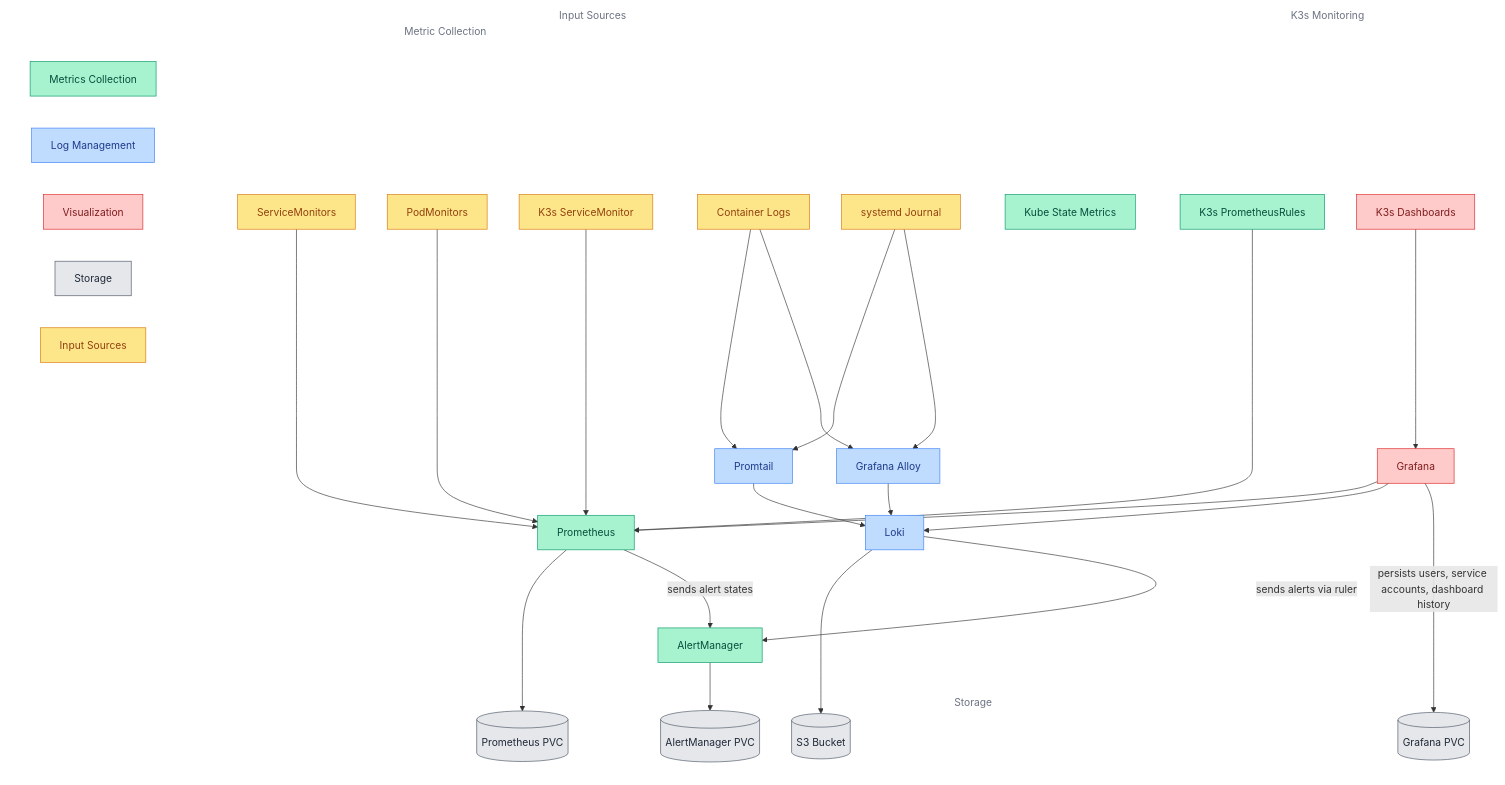
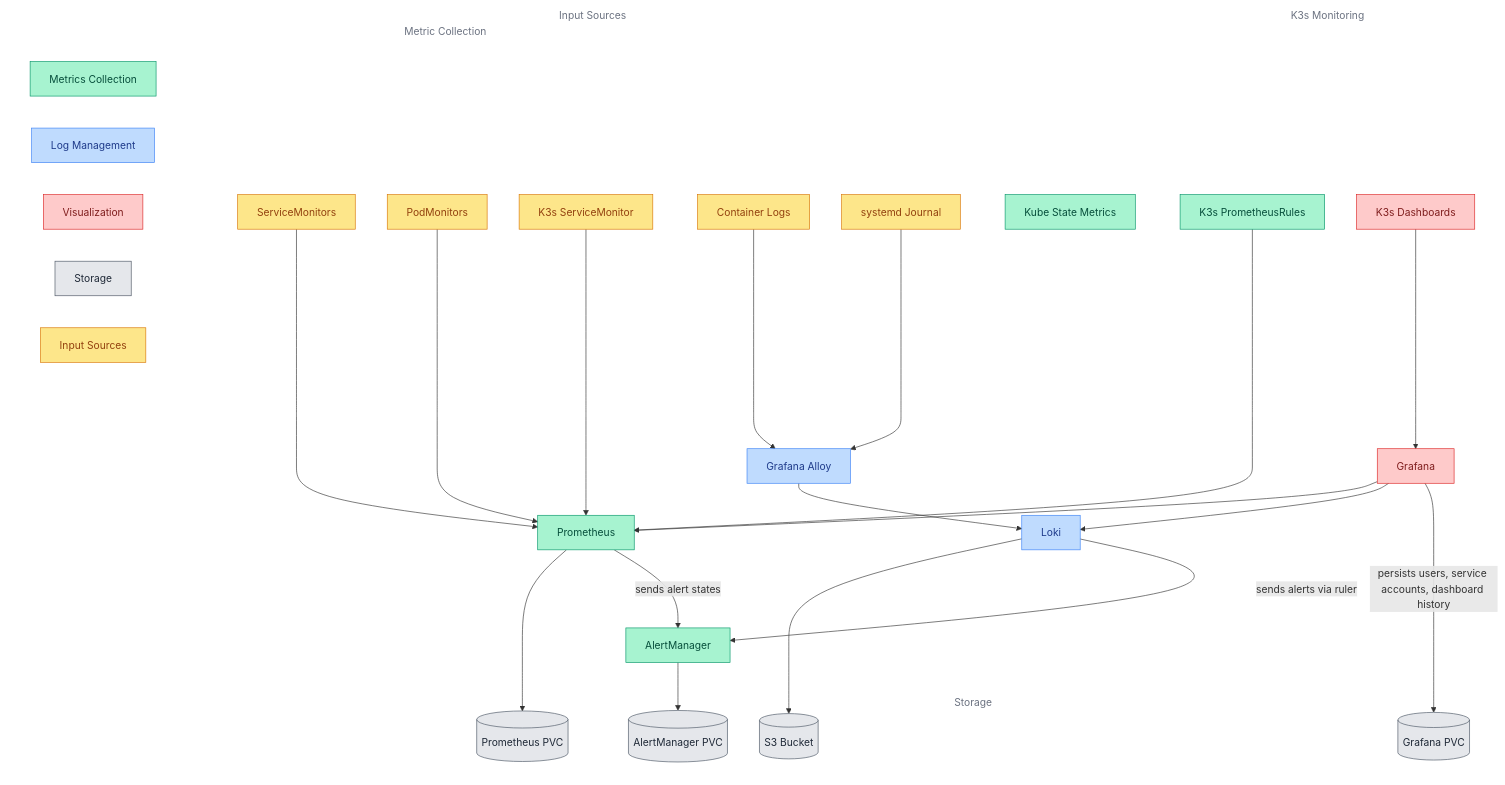
The diagram in infrastructure/subsystems/observability-core/README.md (ppat/homelab-ops-kubernetes-apps), drawn with Mermaid before and after one commit. The commit also changed other lines of this file and 27 other files, not shown here.

```diff
--- a/infrastructure/subsystems/observability-core/README.md
+++ b/infrastructure/subsystems/observability-core/README.md
@@ -83,7 +82,6 @@
 
     %% Logging Components
     loki[Loki]:::logs
-    promtail[Promtail]:::logs
     alloy[Grafana Alloy]:::logs
 
     %% Visualization
@@ -98,9 +96,7 @@
     end
 
     %% Data Flow Relationships
-    container_logs & journal_logs --> promtail
     container_logs & journal_logs --> alloy
-    promtail --> loki
     alloy --> loki
     loki --> s3_bucket
     loki -- "sends alerts via ruler" --> alertmanager
```
